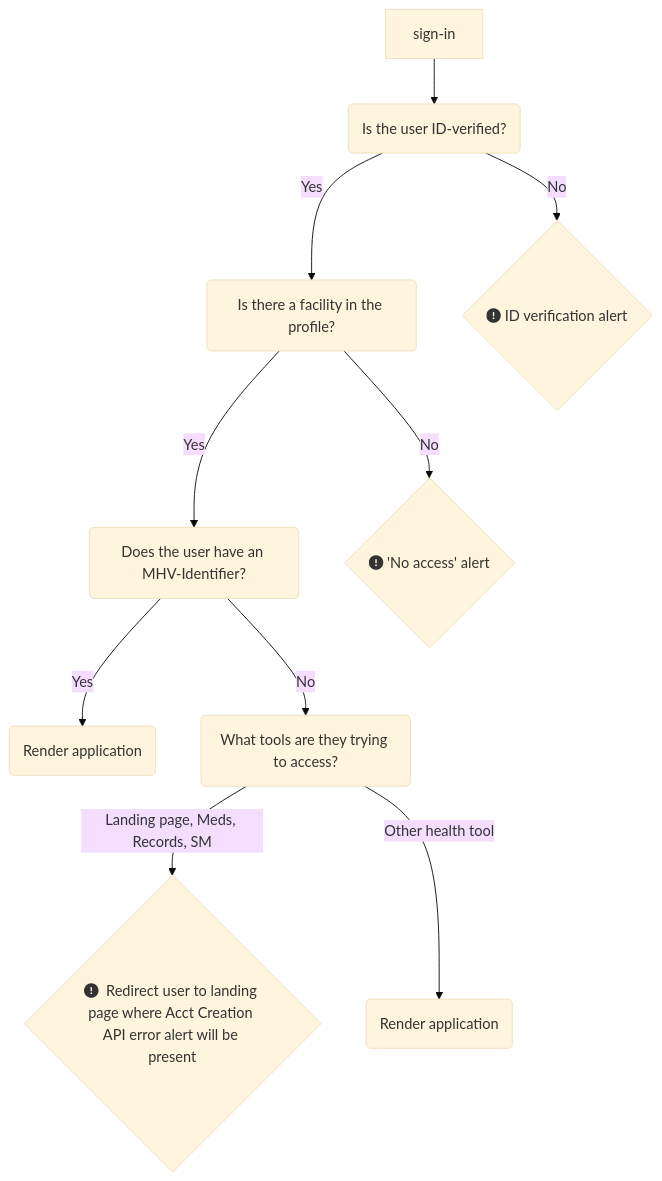
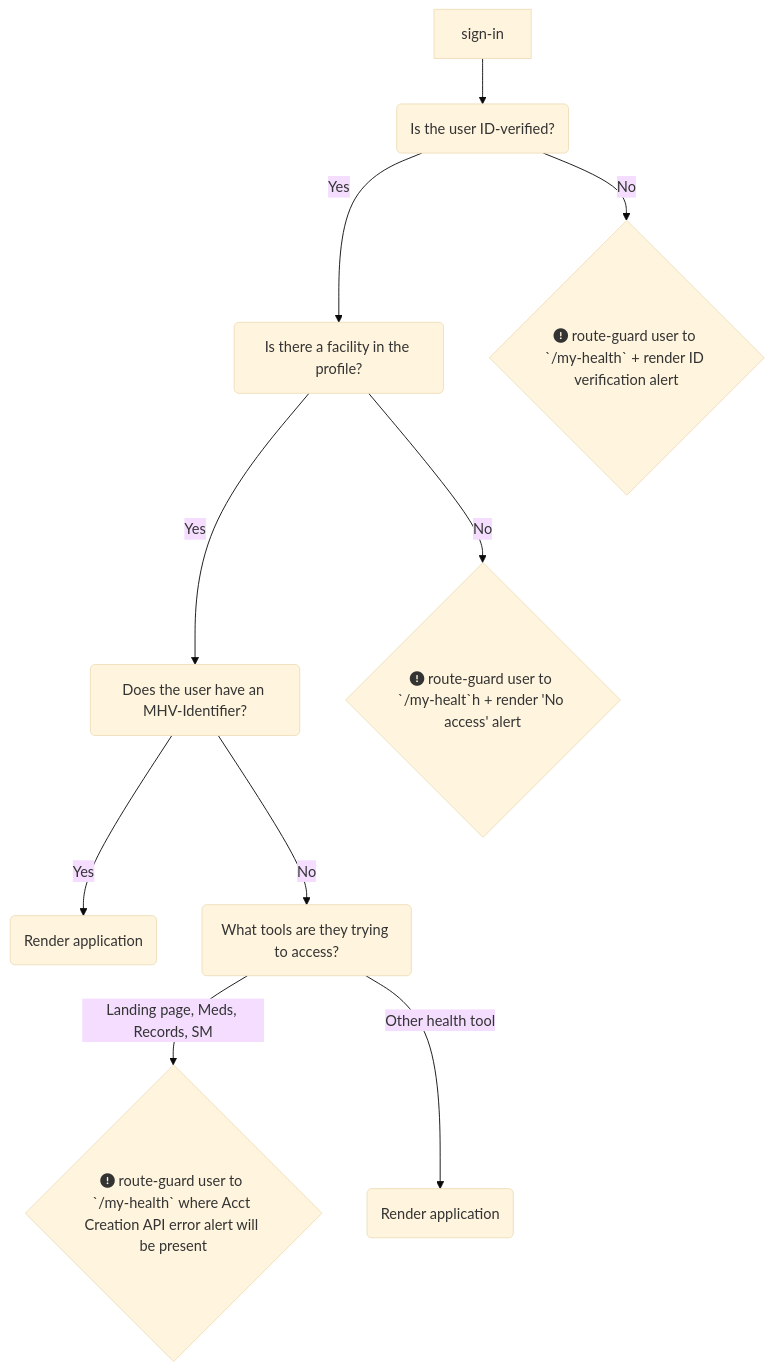
Before and after one commit to department-of-veterans-affairs/va.gov-team: the diagram in products/health-care/digital-health-modernization/mhv-to-va.gov/account-creation-api.md, drawn with Mermaid (base theme).

````diff
--- a/products/health-care/digital-health-modernization/mhv-to-va.gov/account-creation-api.md
+++ b/products/health-care/digital-health-modernization/mhv-to-va.gov/account-creation-api.md
@@ -86,12 +86,12 @@
 ```mermaid
 flowchart TD
     A[sign-in] --> B(Is the user ID-verified?)
     B --> |Yes| C(Is there a facility in the profile?)
-    B --> |No| E{fa:fa-circle-exclamation ID verification alert}
+    B --> |No| E{fa:fa-circle-exclamation route-guard user to `/my-health` + render ID verification alert}
     C -->|Yes| D(Does the user have an MHV-Identifier?)
-    C -->|No| F{fa:fa-circle-exclamation 'No access' alert}
+    C -->|No| F{fa:fa-circle-exclamation route-guard user to `/my-healt`h + render 'No access' alert}
     D --> |Yes| G(Render application)
     D --> |No| H(What tools are they trying to access?)
-    H --> |Landing page, Meds, Records, SM| I{fa:fa-circle-exclamation  Redirect user to landing page where Acct Creation API error alert will be present}
+    H --> |Landing page, Meds, Records, SM| I{fa:fa-circle-exclamation route-guard user to `/my-health` where Acct Creation API error alert will be present}
     H --> |Other health tool| J(Render application)
 ```
````
